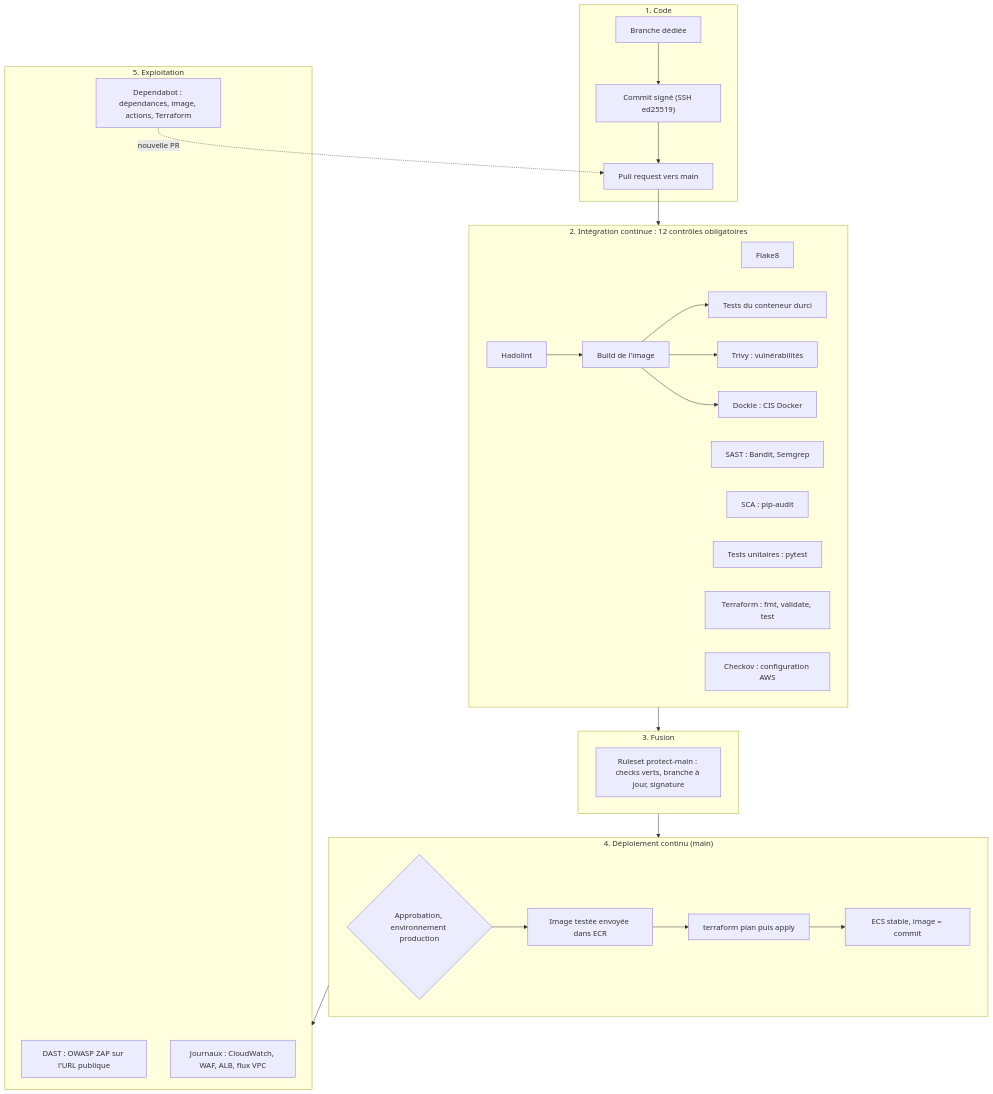
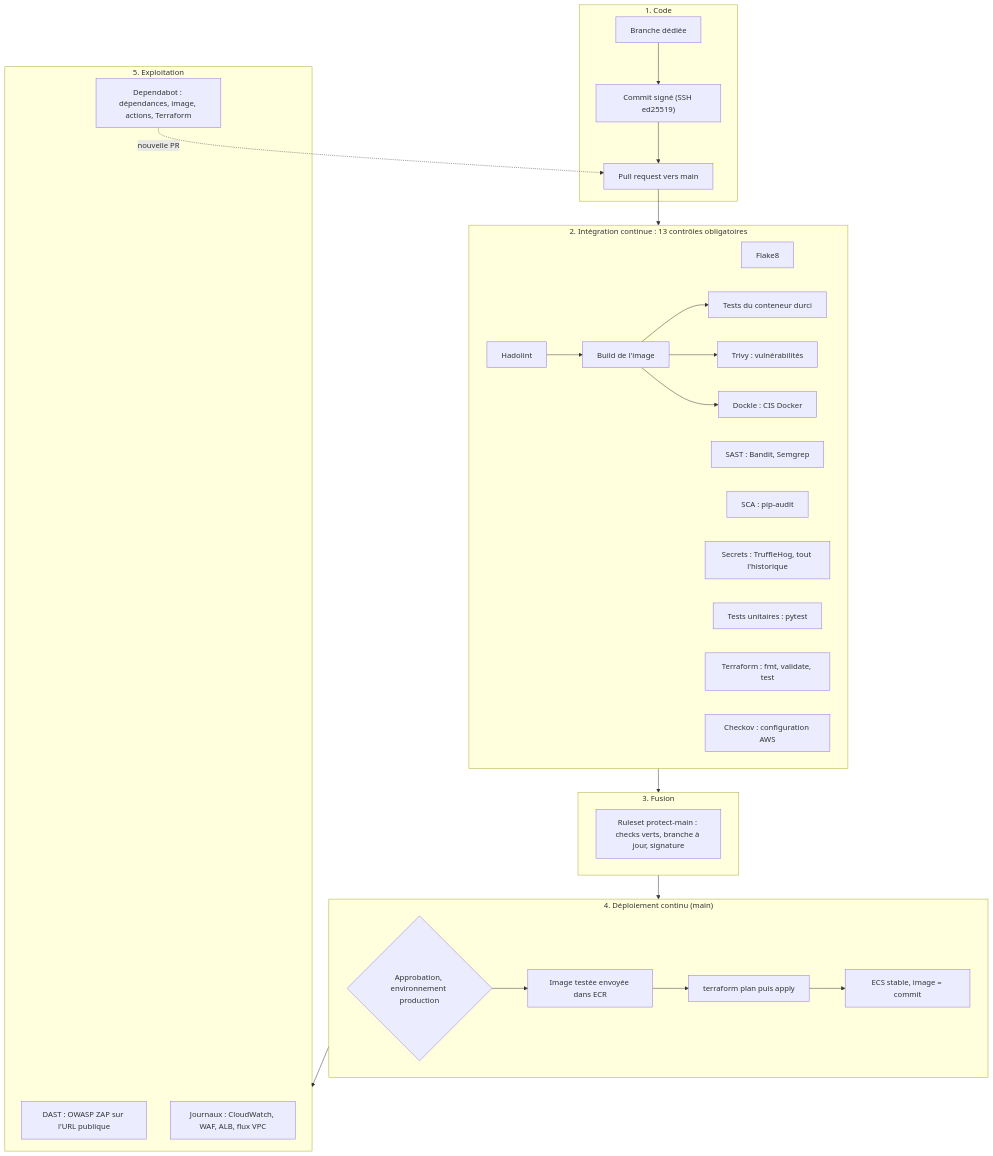
The second of 3 diagrams in README.md (AlexandreNvs2/DevSecOps-Project), drawn with Mermaid before and after one commit. The commit also changed other lines of this file and 1 other file, not shown here.

Commit message:
[DOCS]-> README, TruffleHog et 13 contrôles obligatoires

````diff
--- a/README.md
+++ b/README.md
@@ -62,37 +62,38 @@
 ```mermaid
 flowchart TB
     subgraph code["1. Code"]
         dev["Branche dédiée"] --> commit["Commit signé (SSH ed25519)"]
         commit --> pr["Pull request vers main"]
     end
-    subgraph ci["2. Intégration continue : 12 contrôles obligatoires"]
+    subgraph ci["2. Intégration continue : 13 contrôles obligatoires"]
         lint["Flake8"]
         sast["SAST : Bandit, Semgrep"]
         sca["SCA : pip-audit"]
+        secrets["Secrets : TruffleHog, tout l'historique"]
         ut["Tests unitaires : pytest"]
         hado["Hadolint"] --> build["Build de l'image"]
         build --> ctest["Tests du conteneur durci"]
         build --> trivy["Trivy : vulnérabilités"]
         build --> dockle["Dockle : CIS Docker"]
         iac["Terraform : fmt, validate, test"]
         checkov["Checkov : configuration AWS"]
     end
     subgraph gate["3. Fusion"]
         rules["Ruleset protect-main : checks verts, branche à jour, signature"]
     end
     subgraph cd["4. Déploiement continu (main)"]
         approve{"Approbation, environnement production"} --> ecr["Image testée envoyée dans ECR"]
         ecr --> tf["terraform plan puis apply"]
         tf --> stable["ECS stable, image = commit"]
     end
     subgraph run["5. Exploitation"]
         zap["DAST : OWASP ZAP sur l'URL publique"]
         mon["Journaux : CloudWatch, WAF, ALB, flux VPC"]
         dep["Dependabot : dépendances, image, actions, Terraform"]
     end
     pr --> ci
     ci --> gate
     gate --> cd
     cd --> run
     dep -.nouvelle PR.-> pr
 ```
````
